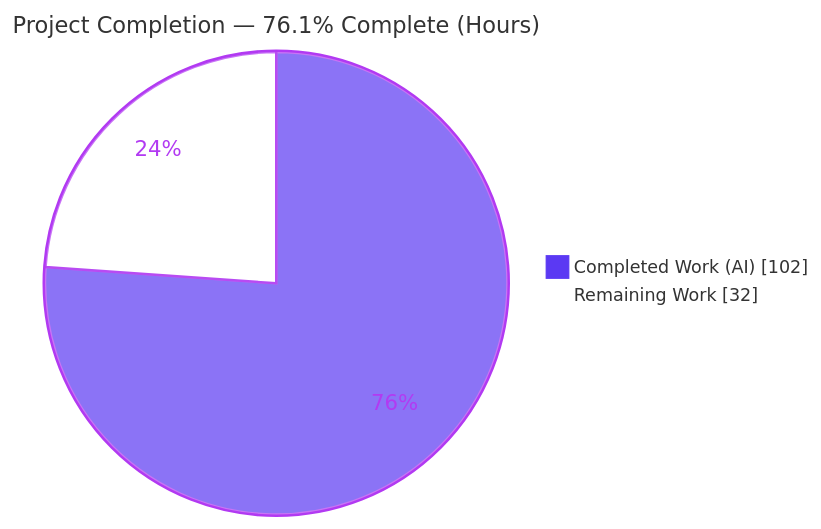
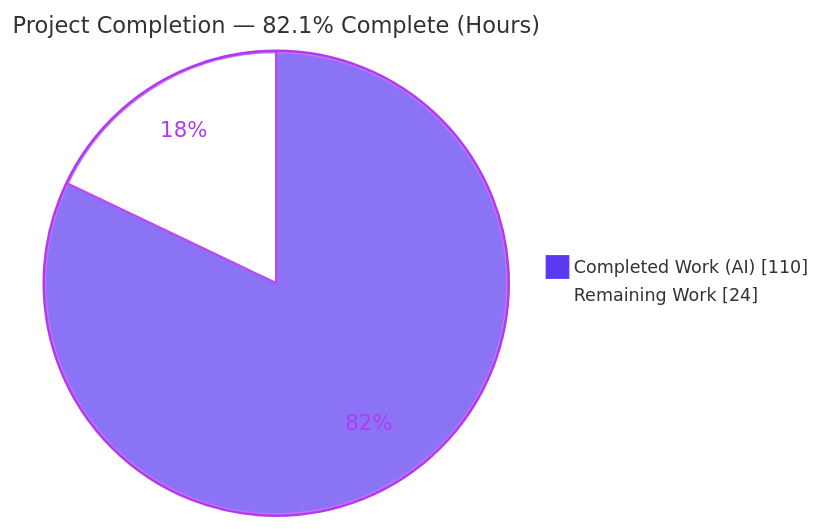
The first of 4 diagrams in blitzy/documentation/Project Guide.md (blitzy-public-samples/ardupilot-blitzy), drawn with Mermaid before and after one commit. The commit also changed other lines of this file and 8 other files, not shown here.

````diff
--- a/blitzy/documentation/Project Guide.md
+++ b/blitzy/documentation/Project Guide.md
@@ -17,6 +17,6 @@
 ```mermaid
 %%{init: {'theme':'base', 'themeVariables': {'pie1':'#5B39F3','pie2':'#FFFFFF','pieStrokeColor':'#B23AF2','pieOuterStrokeColor':'#B23AF2','pieStrokeWidth':'2px','pieSectionTextColor':'#B23AF2','pieTitleTextSize':'18px','pieLegendTextSize':'14px'}}}%%
-pie showData title Project Completion — 76.1% Complete (Hours)
-    "Completed Work (AI)" : 102
-    "Remaining Work" : 32
+pie showData title Project Completion — 82.1% Complete (Hours)
+    "Completed Work (AI)" : 110
+    "Remaining Work" : 24
 ```
````
